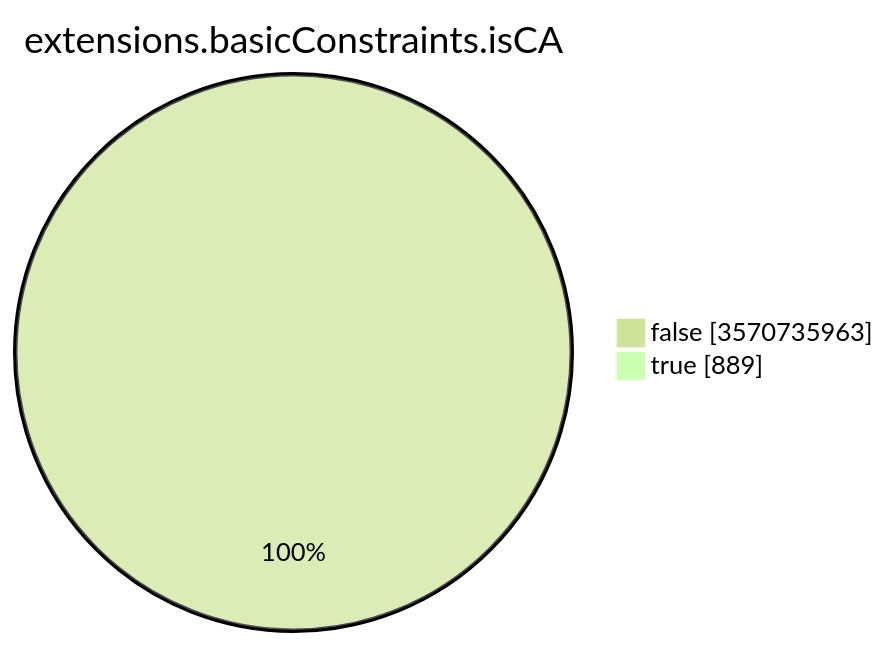
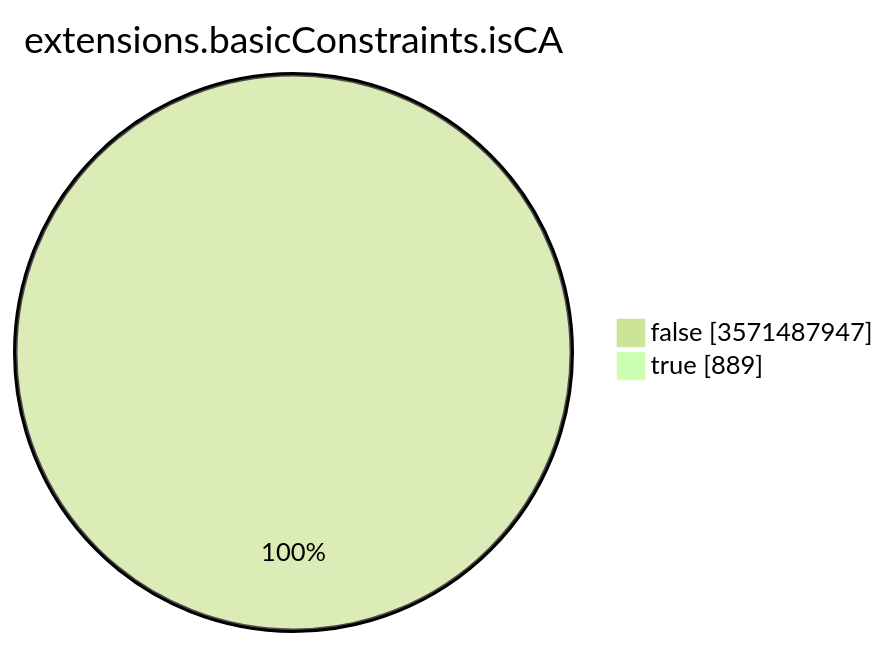
The seventh of 15 diagrams in TOTAL/README.md (christiankrug/ctmonitor_visualization), drawn with Mermaid (forest theme) before and after one commit. The commit also changed other lines of this file, not shown here.

````diff
--- a/TOTAL/README.md
+++ b/TOTAL/README.md
@@ -3094,6 +3094,6 @@
 ```mermaid
 pie showData
 title extensions.basicConstraints.isCA
-"false" :3570735963
+"false" :3571487947
 "true" :889
 ```
````
